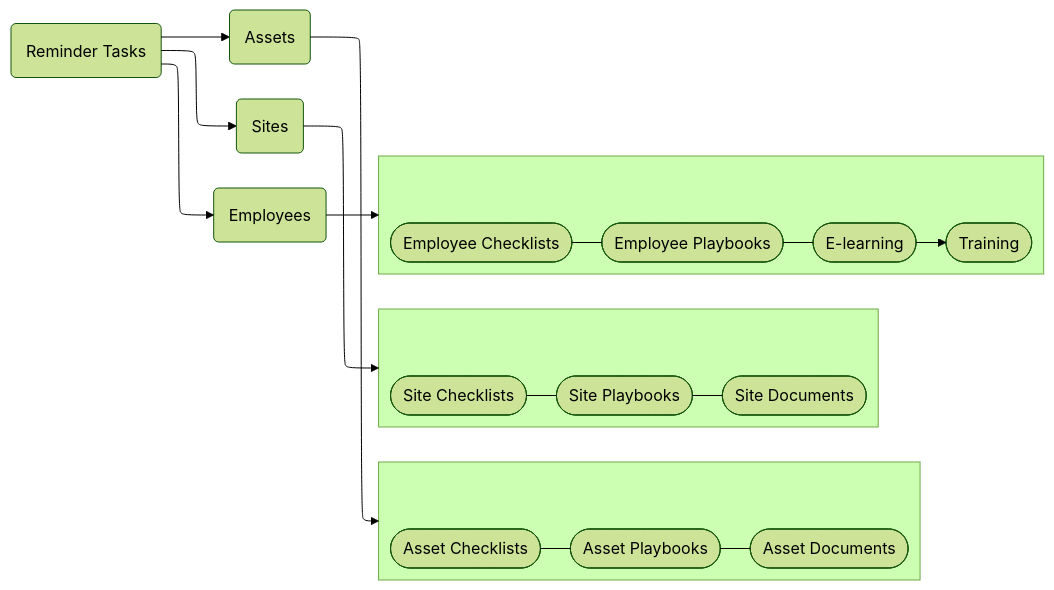
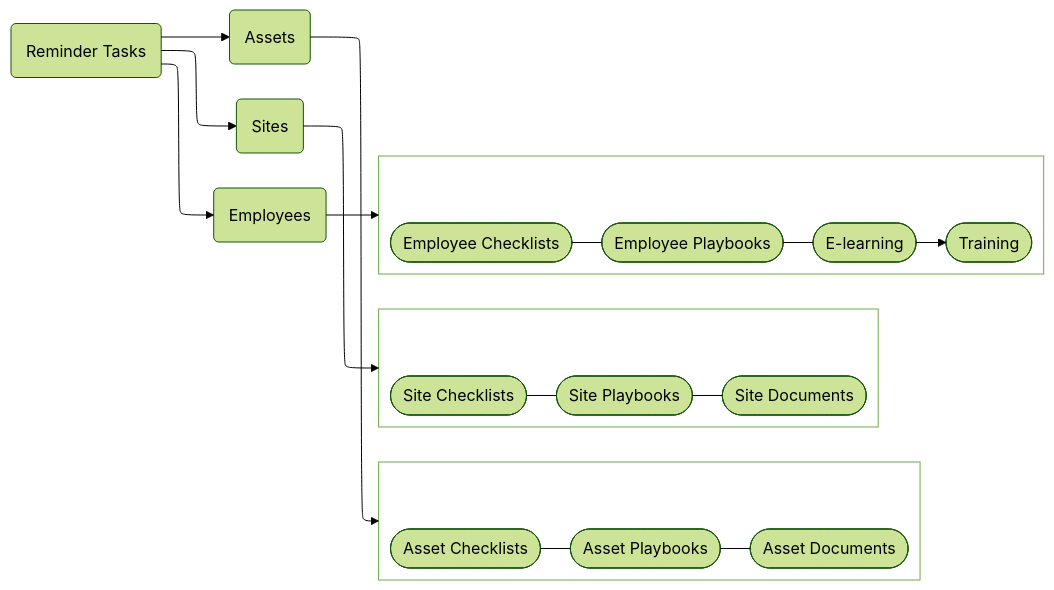
Before and after one commit to opus-safety/opus-knowledge-base: the diagram in docs/drafts/types-of-task.md, drawn with Mermaid (forest theme).

Commit message:
tweak to diagram

````diff
--- a/docs/drafts/types-of-task.md
+++ b/docs/drafts/types-of-task.md
@@ -21,39 +21,43 @@
     ```mermaid
     ---
     config:
       layout: elk
     ---
     flowchart LR
      subgraph s1[" "]
             n5(["Asset Checklists"])
             n8(["Asset Playbooks"])
             n9(["Asset Documents"])
       end
      subgraph s4[" "]
             n10(["Site Checklists"])
             n11(["Site Playbooks"])
             n12(["Site Documents"])
       end
      subgraph s5[" "]
             n13(["Employee Checklists"])
             n14(["Employee Playbooks"])
             n15(["E-learning"])
             n16(["Training"])
       end
         A["Reminder Tasks"] --> n1["Assets"] & n2["Sites"] & n3["Employees"]
         n1 --> s1
         n5 --- n8
         n8 --- n9
         n10 --- n11
         n11 --- n12
         n2 --> s4
         n13 --- n14
         n14 --- n15
         n3 --> s5
         n15 --> n16
 
         A@{ shape: rounded}
         n1@{ shape: rounded}
         n2@{ shape: rounded}
         n3@{ shape: rounded}
+
+        style s1 fill:transparent
+        style s4 fill:transparent
+        style s5 fill:transparent
     ```
````
